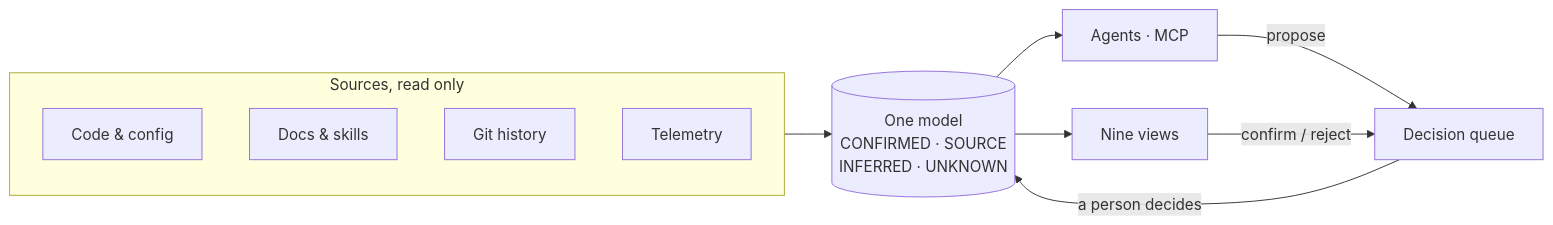
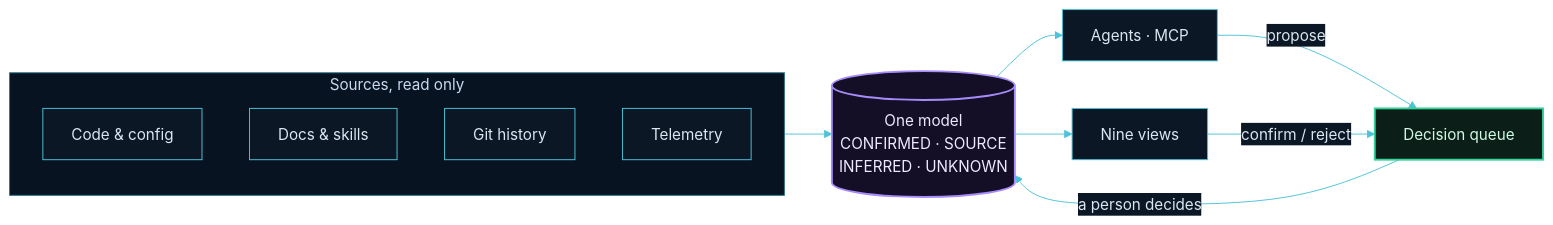
Before and after one commit to New1Direction/OntologyEX: the diagram in README.md, drawn with Mermaid.

Commit message:
README: the diagram in the control room's palette
Claude-Session: https://claude.ai/code/session_01SoxWvtYbajXo6hFeADTXYF

````diff
--- a/README.md
+++ b/README.md
@@ -127,15 +127,20 @@
 ```mermaid
+%%{init: {"theme": "base", "themeVariables": {"background": "#060b12", "primaryColor": "#0b1724", "primaryTextColor": "#dbe7f0", "primaryBorderColor": "#4cc3d9", "lineColor": "#4cc3d9", "clusterBkg": "#081321", "clusterBorder": "#2a6f86", "edgeLabelBackground": "#0b1724", "fontFamily": "ui-monospace, SFMono-Regular, Menlo, monospace"}}}%%
 flowchart LR
   subgraph S[Sources, read only]
     code[Code & config]
     docs[Docs & skills]
     git[Git history]
     tel[Telemetry]
   end
   S --> M[(One model<br/>CONFIRMED · SOURCE<br/>INFERRED · UNKNOWN)]
   M --> V[Nine views]
   M --> A[Agents · MCP]
   A -- propose --> Q[Decision queue]
   V -- confirm / reject --> Q
   Q -- a person decides --> M
+  classDef model fill:#140f26,stroke:#a78bfa,color:#ede9fe,stroke-width:2px
+  classDef person fill:#0b1f18,stroke:#34d399,color:#d1fae5,stroke-width:2px
+  class M model
+  class Q person
 ```
````
